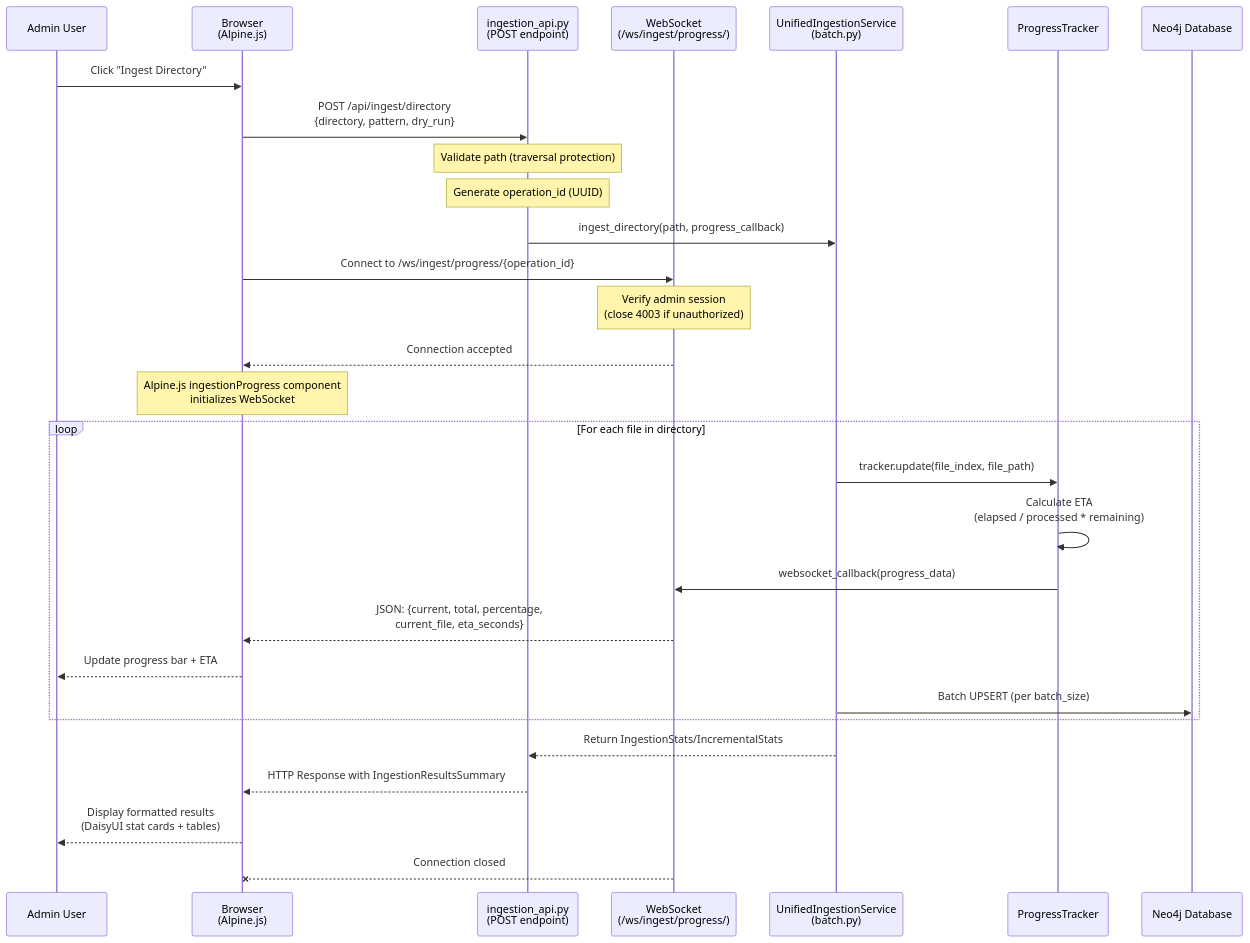
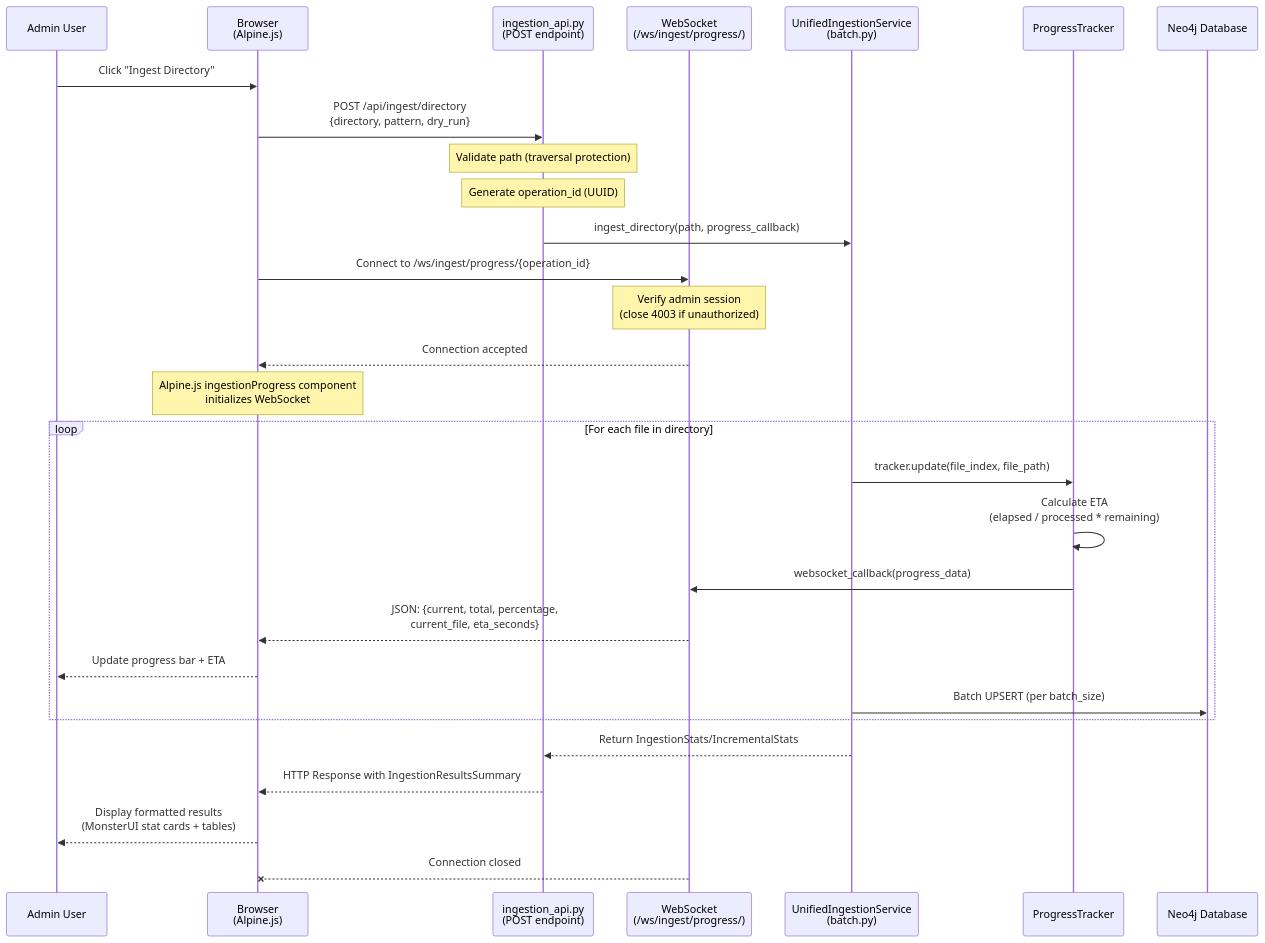
Before and after one commit to linguistic76/skuel: the third of 5 diagrams in app/docs/diagrams/ingestion_architecture.md, drawn with Mermaid. The commit also changed other lines of this file and 54 other files, not shown here.

````diff
--- a/app/docs/diagrams/ingestion_architecture.md
+++ b/app/docs/diagrams/ingestion_architecture.md
@@ -108,38 +108,38 @@
 ```mermaid
 sequenceDiagram
     participant Admin as Admin User
     participant UI as Browser<br/>(Alpine.js)
     participant API as ingestion_api.py<br/>(POST endpoint)
     participant WS as WebSocket<br/>(/ws/ingest/progress/)
     participant Service as UnifiedIngestionService<br/>(batch.py)
     participant Tracker as ProgressTracker
     participant Neo4j as Neo4j Database
 
     Admin->>UI: Click "Ingest Directory"
     UI->>API: POST /api/ingest/directory<br/>{directory, pattern, dry_run}
 
     Note over API: Validate path (traversal protection)
     Note over API: Generate operation_id (UUID)
 
     API->>Service: ingest_directory(path, progress_callback)
 
     UI->>WS: Connect to /ws/ingest/progress/{operation_id}
     Note over WS: Verify admin session<br/>(close 4003 if unauthorized)
     WS-->>UI: Connection accepted
 
     Note over UI: Alpine.js ingestionProgress component<br/>initializes WebSocket
 
     loop For each file in directory
         Service->>Tracker: tracker.update(file_index, file_path)
         Tracker->>Tracker: Calculate ETA<br/>(elapsed / processed * remaining)
         Tracker->>WS: websocket_callback(progress_data)
         WS-->>UI: JSON: {current, total, percentage,<br/>current_file, eta_seconds}
         UI-->>Admin: Update progress bar + ETA
         Service->>Neo4j: Batch UPSERT (per batch_size)
     end
 
     Service-->>API: Return IngestionStats/IncrementalStats
     API-->>UI: HTTP Response with IngestionResultsSummary
-    UI-->>Admin: Display formatted results<br/>(DaisyUI stat cards + tables)
+    UI-->>Admin: Display formatted results<br/>(MonsterUI stat cards + tables)
     WS--xUI: Connection closed
 ```
````
